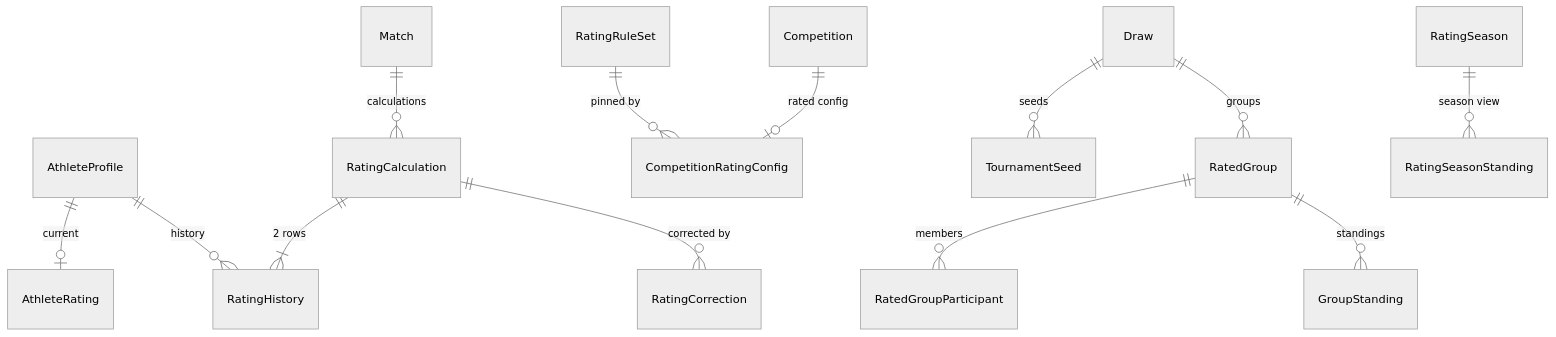
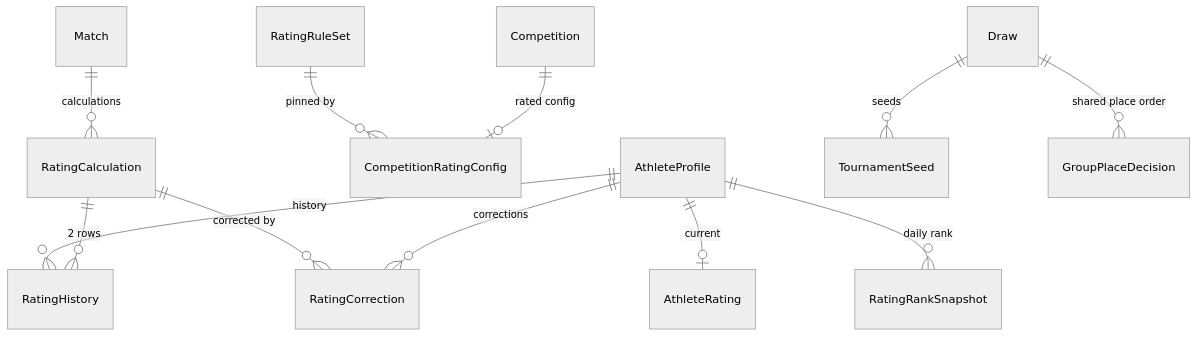
One commit to malyshevalexandr904-sketch/Sambo changed the diagram in docs/RATING_ARCHITECTURE.md. Above: the diagram before and after it, drawn with Mermaid (neutral theme). The commit also changed other lines of this file and 4 other files, not shown here.

````diff
--- a/docs/RATING_ARCHITECTURE.md
+++ b/docs/RATING_ARCHITECTURE.md
@@ -84,15 +89,14 @@
 ```mermaid
 erDiagram
   AthleteProfile ||--o| AthleteRating : "current"
   AthleteProfile ||--o{ RatingHistory : "history"
   RatingRuleSet ||--o{ CompetitionRatingConfig : "pinned by"
   Competition ||--o| CompetitionRatingConfig : "rated config"
   Match ||--o{ RatingCalculation : "calculations"
-  RatingCalculation ||--|{ RatingHistory : "2 rows"
+  RatingCalculation ||--o{ RatingHistory : "2 rows"
   RatingCalculation ||--o{ RatingCorrection : "corrected by"
+  AthleteProfile ||--o{ RatingCorrection : "corrections"
+  AthleteProfile ||--o{ RatingRankSnapshot : "daily rank"
   Draw ||--o{ TournamentSeed : "seeds"
-  Draw ||--o{ RatedGroup : "groups"
-  RatedGroup ||--o{ RatedGroupParticipant : "members"
-  RatedGroup ||--o{ GroupStanding : "standings"
-  RatingSeason ||--o{ RatingSeasonStanding : "season view"
+  Draw ||--o{ GroupPlaceDecision : "shared place order"
 ```
````
